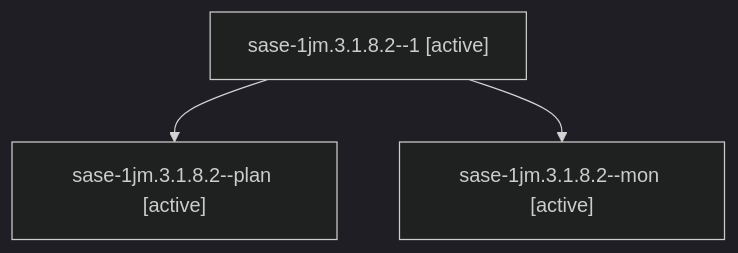
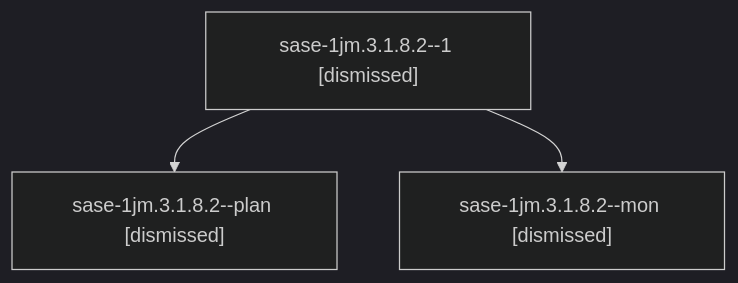
One commit to sase-org/sase--agents changed the diagram in sessions/bbugyi200.athena.sase-1jm.3.1.8.2.md. Above: the diagram before and after it, drawn with Mermaid (dark theme). The commit also changed other lines of this file and 159 other files, not shown here.

````diff
--- a/sessions/bbugyi200.athena.sase-1jm.3.1.8.2.md
+++ b/sessions/bbugyi200.athena.sase-1jm.3.1.8.2.md
@@ -9,8 +9,8 @@
 ```mermaid
 flowchart TD
-  n0["sase-1jm.3.1.8.2--1 [active]"]
-  n1["sase-1jm.3.1.8.2--plan [active]"]
+  n0["sase-1jm.3.1.8.2--1 [dismissed]"]
+  n1["sase-1jm.3.1.8.2--plan [dismissed]"]
   n0 --> n1
-  n2["sase-1jm.3.1.8.2--mon [active]"]
+  n2["sase-1jm.3.1.8.2--mon [dismissed]"]
   n0 --> n2
 ```
````
